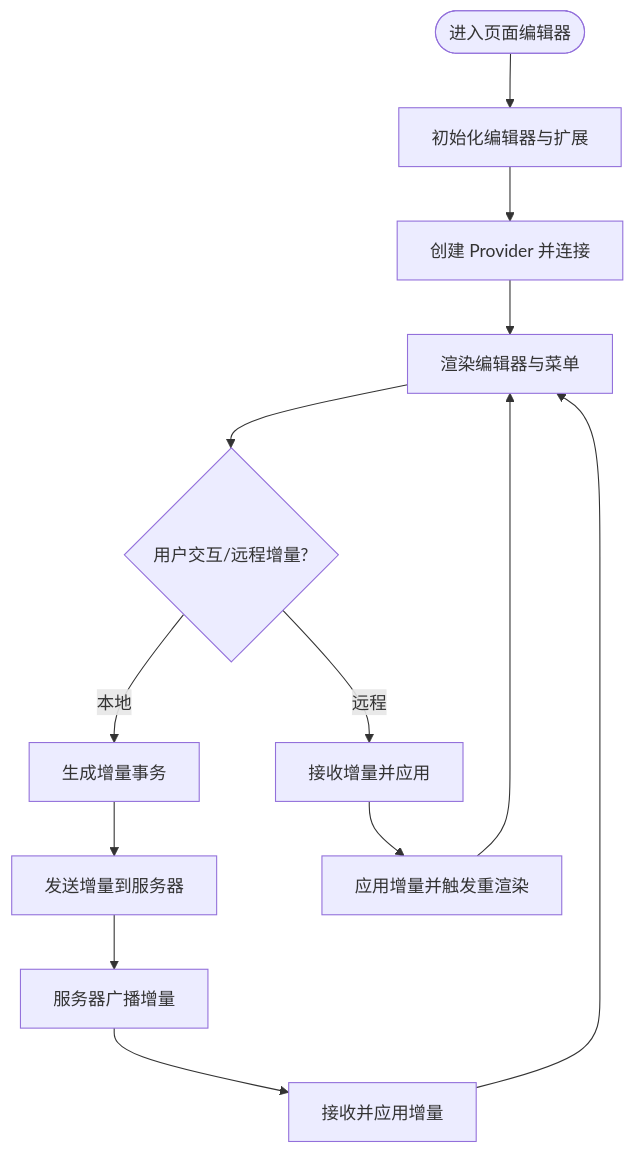
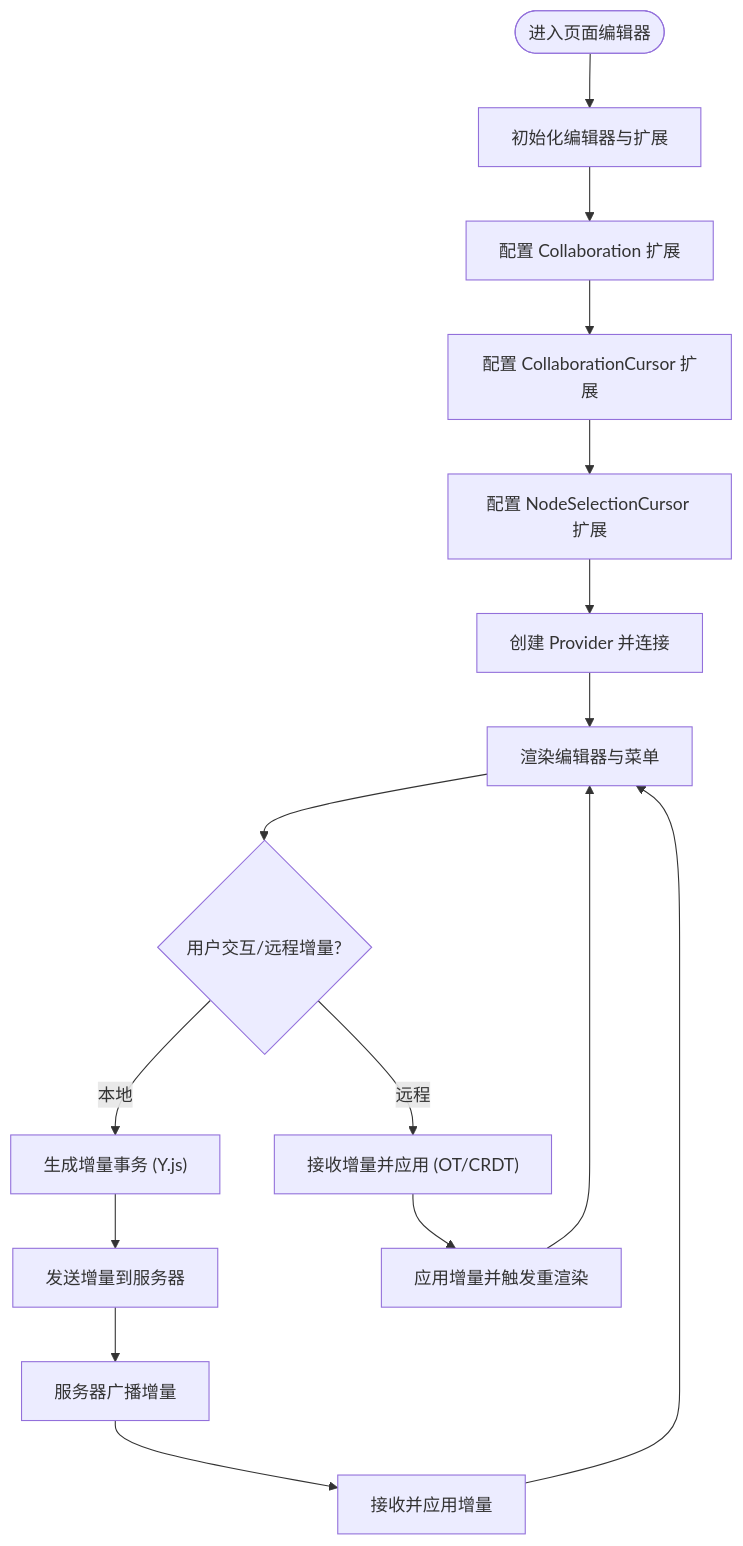
One commit to LRF0422/Kotion changed the third of 18 diagrams in .qoder/repowiki/zh/content/架构设计/实时协作架构.md. Above: the diagram before and after it, drawn with Mermaid. The commit also changed other lines of this file and 75 other files, not shown here.

````diff
--- a/.qoder/repowiki/zh/content/架构设计/实时协作架构.md
+++ b/.qoder/repowiki/zh/content/架构设计/实时协作架构.md
@@ -122,15 +222,18 @@
 ```mermaid
 flowchart TD
 Start(["进入页面编辑器"]) --> Init["初始化编辑器与扩展"]
-Init --> Connect["创建 Provider 并连接"]
+Init --> Config["配置 Collaboration 扩展"]
+Config --> Cursor["配置 CollaborationCursor 扩展"]
+Cursor --> NodeSel["配置 NodeSelectionCursor 扩展"]
+NodeSel --> Connect["创建 Provider 并连接"]
 Connect --> Render["渲染编辑器与菜单"]
 Render --> Events{"用户交互/远程增量?"}
-Events --> |本地| LocalTx["生成增量事务"]
-Events --> |远程| RemoteTx["接收增量并应用"]
+Events --> |本地| LocalTx["生成增量事务 (Y.js)"]
+Events --> |远程| RemoteTx["接收增量并应用 (OT/CRDT)"]
 LocalTx --> Send["发送增量到服务器"]
 RemoteTx --> Apply["应用增量并触发重渲染"]
 Send --> Broadcast["服务器广播增量"]
 Broadcast --> Receive["接收并应用增量"]
 Receive --> Render
 Apply --> Render
 ```
````
